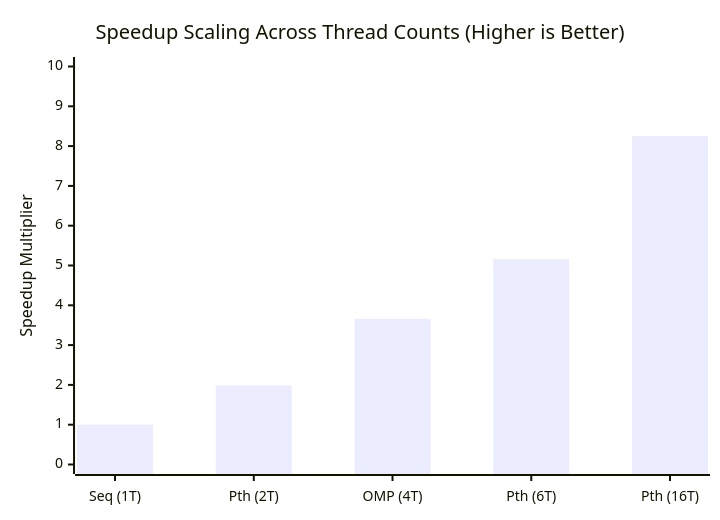
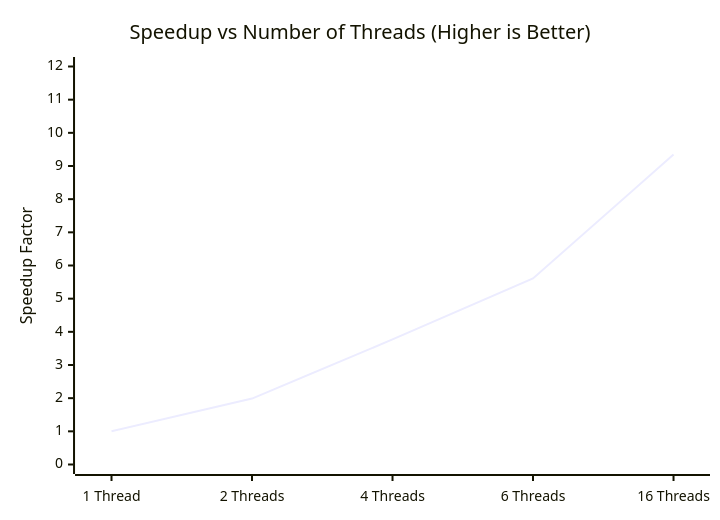
Before and after one commit to vageeshmathad/Parallel-and-GPU-Computing: the second of 2 diagrams in Pthreads_and_OpenMP/README.md, drawn with Mermaid. The commit also changed other lines of this file and 9 other files, not shown here.

````diff
--- a/Pthreads_and_OpenMP/README.md
+++ b/Pthreads_and_OpenMP/README.md
@@ -473,7 +333,7 @@
 ```mermaid
 xychart-beta
-    title "Speedup Scaling Across Thread Counts (Higher is Better)"
-    x-axis ["Seq (1T)", "Pth (2T)", "OMP (4T)", "Pth (6T)", "Pth (16T)"]
-    y-axis "Speedup Multiplier" 0 --> 10
-    bar [1.0, 1.99, 3.66, 5.16, 8.25]
+    title "Speedup vs Number of Threads (Higher is Better)"
+    x-axis ["1 Thread", "2 Threads", "4 Threads", "6 Threads", "16 Threads"]
+    y-axis "Speedup Factor" 0 --> 12
+    line [1.004, 1.988, 3.771, 5.608, 9.345]
 ```
````
